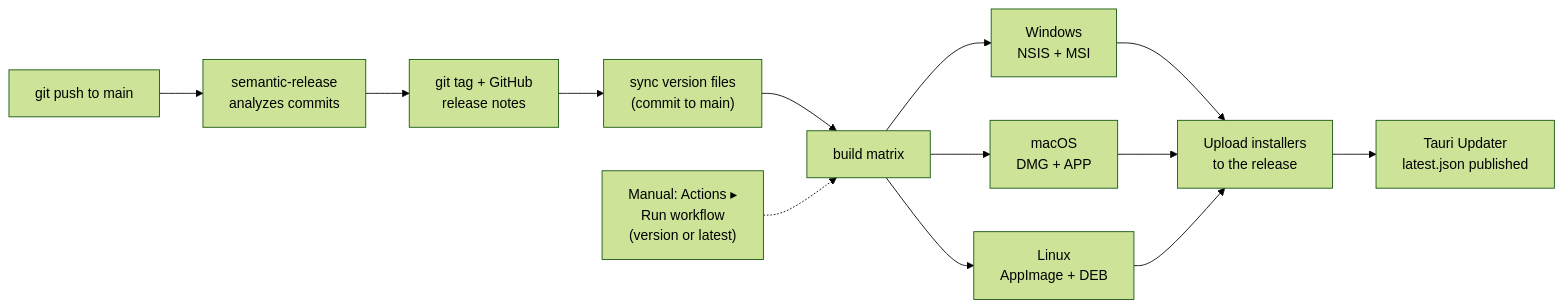
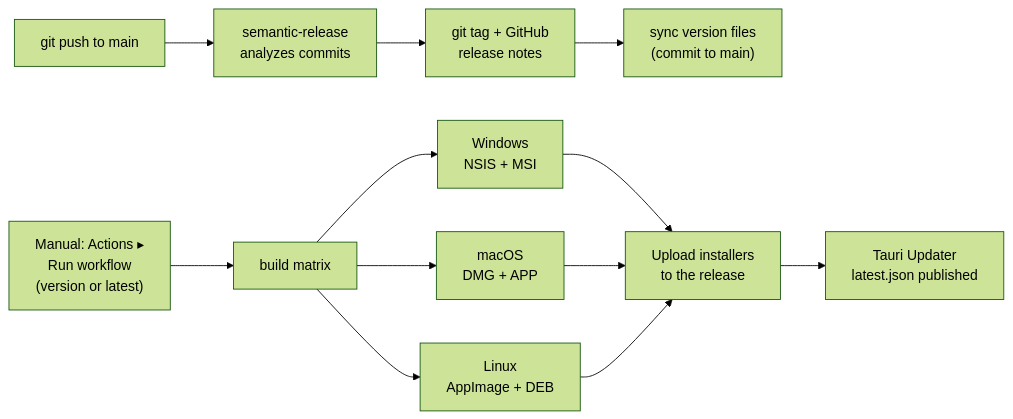
The diagram in docs/DEPLOYMENT.md (saeedkolivand/ai-job-hunter-app), drawn with Mermaid (forest theme) before and after one commit. The commit also changed other lines of this file and 1 other file, not shown here.

First line of the commit message:
ci: build installers only on manual dispatch, not on every release (#253)

````diff
--- a/docs/DEPLOYMENT.md
+++ b/docs/DEPLOYMENT.md
@@ -109,13 +109,12 @@
 ```mermaid
 graph LR
     Push["git push to main"] --> Analysis["semantic-release\nanalyzes commits"]
     Analysis --> Tag["git tag + GitHub\nrelease notes"]
     Tag --> Sync["sync version files\n(commit to main)"]
-    Sync --> Build["build matrix"]
-    Dispatch["Manual: Actions ▸\nRun workflow\n(version or latest)"] -.-> Build
+    Dispatch["Manual: Actions ▸\nRun workflow\n(version or latest)"] --> Build["build matrix"]
     Build --> Windows["Windows\nNSIS + MSI"]
     Build --> Mac["macOS\nDMG + APP"]
     Build --> Linux["Linux\nAppImage + DEB"]
     Windows & Mac & Linux --> Upload["Upload installers\nto the release"]
     Upload --> UpdateServer["Tauri Updater\nlatest.json published"]
 ```
````
